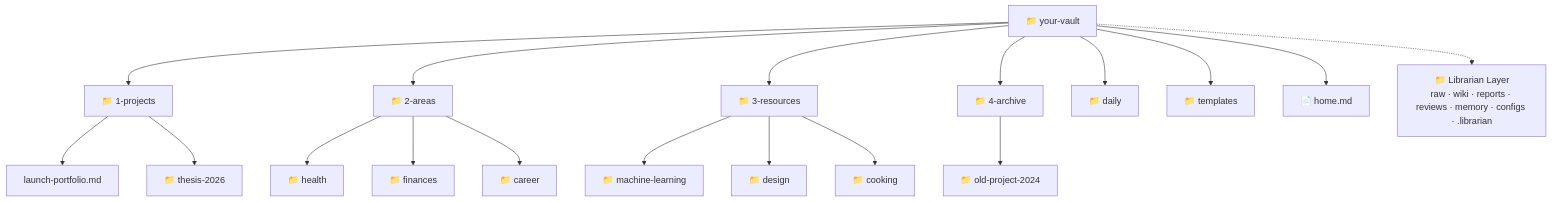
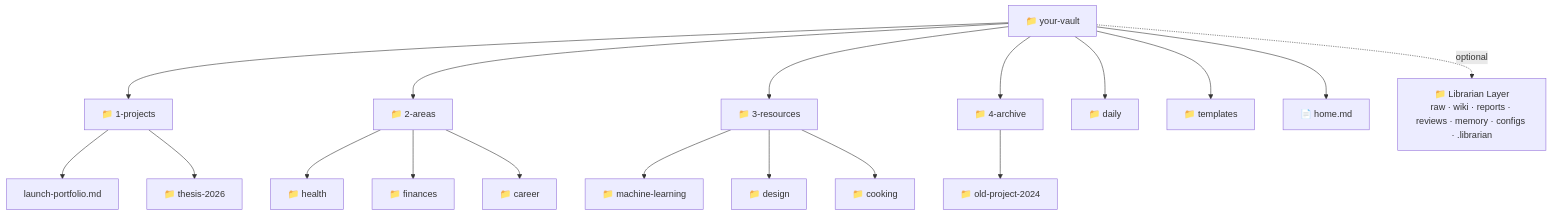
The diagram in second-brain/guides/en/04-vault-structure.md (VanessaPellegrini/second-brain-ecosystem), drawn with Mermaid before and after one commit. The commit also changed other lines of this file and 8 other files, not shown here.

Commit message:
docs: clarify optional AI agent layer

````diff
--- a/second-brain/guides/en/04-vault-structure.md
+++ b/second-brain/guides/en/04-vault-structure.md
@@ -20,21 +20,21 @@
 ```mermaid
 graph TD
     Vault[📁 your-vault] --> P[📁 1-projects]
     Vault --> A[📁 2-areas]
     Vault --> R[📁 3-resources]
     Vault --> Arc[📁 4-archive]
     Vault --> D[📁 daily]
     Vault --> T[📁 templates]
     Vault --> H[📄 home.md]
-    Vault -.-> AI[📁 Librarian Layer<br/>raw · wiki · reports · reviews · memory · configs · .librarian]
+    Vault -. optional .-> AI[📁 Librarian Layer<br/>raw · wiki · reports · reviews · memory · configs · .librarian]
 
     P --> P1[launch-portfolio.md]
     P --> P2[📁 thesis-2026]
     A --> A1[📁 health]
     A --> A2[📁 finances]
     A --> A3[📁 career]
     R --> R1[📁 machine-learning]
     R --> R2[📁 design]
     R --> R3[📁 cooking]
     Arc --> Arc1[📁 old-project-2024]
 ```
````
